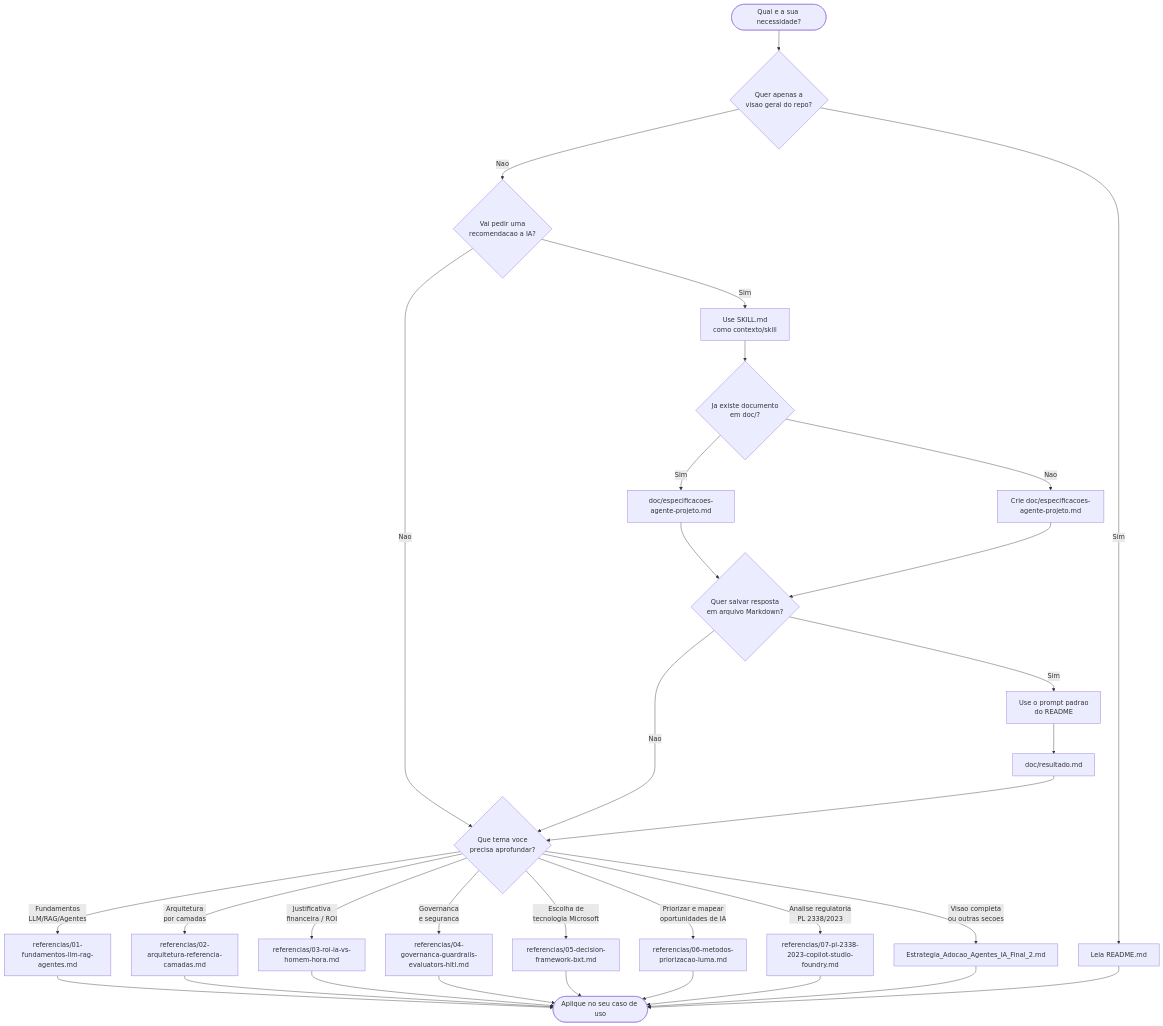
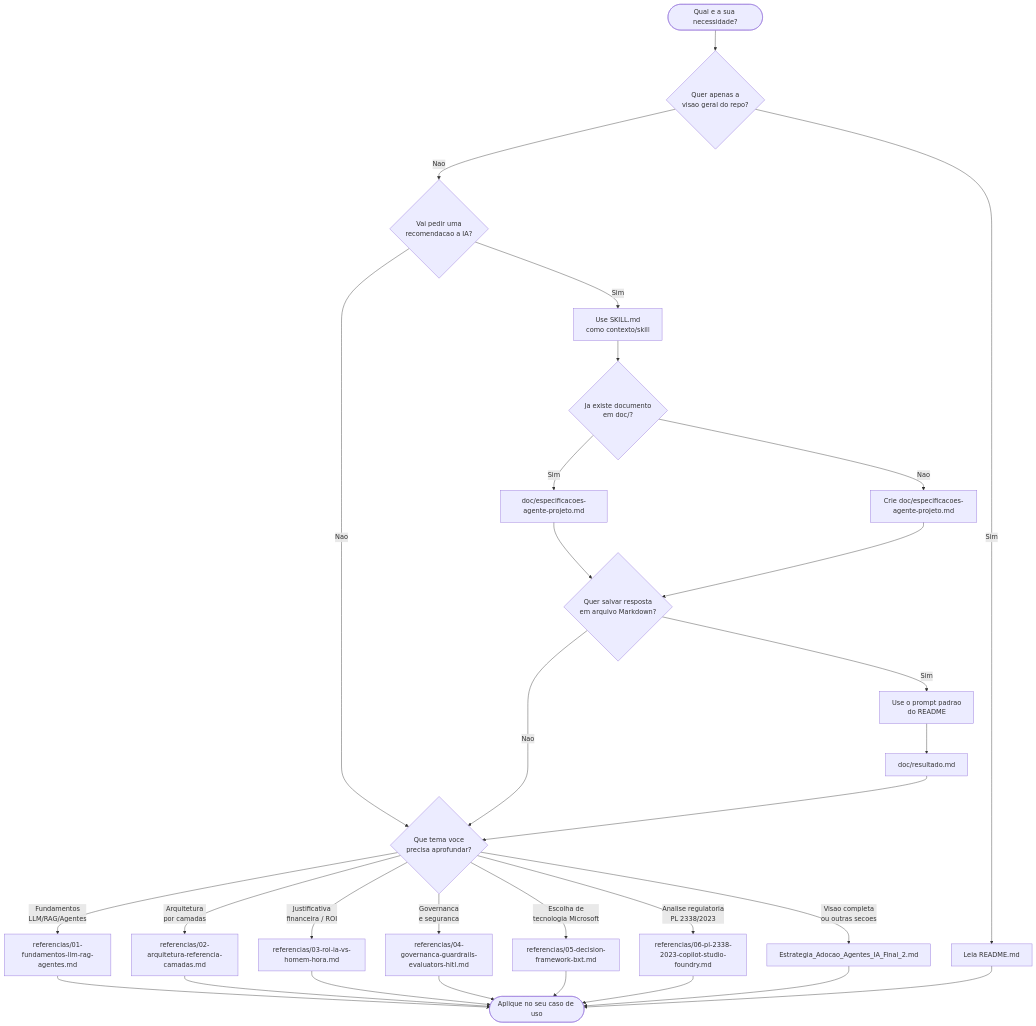
Before and after one commit to fabioharams/hubsp-ai-skill: the second of 2 diagrams in README.md, drawn with Mermaid. The commit also changed other lines of this file and 4 other files, not shown here.

````diff
--- a/README.md
+++ b/README.md
@@ -78,38 +76,36 @@
 ```mermaid
 flowchart TD
     START([Qual e a sua necessidade?]) --> Q1{Quer apenas a<br/>visao geral do repo?}
     Q1 -- Sim --> README[Leia README.md]
     Q1 -- Nao --> Q2{Vai pedir uma<br/>recomendacao a IA?}
 
     Q2 -- Sim --> SKILL[Use SKILL.md<br/>como contexto/skill]
     Q2 -- Nao --> Q3{Que tema voce<br/>precisa aprofundar?}
 
    SKILL --> QDOC{Ja existe documento<br/>em doc/?}
    QDOC -- Sim --> DOC[doc/especificacoes-agente-projeto.md]
    QDOC -- Nao --> DOCNEW[Crie doc/especificacoes-agente-projeto.md]
    DOC --> QOUT{Quer salvar resposta<br/>em arquivo Markdown?}
    DOCNEW --> QOUT
    QOUT -- Sim --> PROMPT[Use o prompt padrao<br/>do README]
    PROMPT --> OUTMD[doc/resultado.md]
    QOUT -- Nao --> Q3
    OUTMD --> Q3
 
     Q3 -- Fundamentos<br/>LLM/RAG/Agentes --> R1[referencias/01-fundamentos-llm-rag-agentes.md]
     Q3 -- Arquitetura<br/>por camadas --> R2[referencias/02-arquitetura-referencia-camadas.md]
     Q3 -- Justificativa<br/>financeira / ROI --> R3[referencias/03-roi-ia-vs-homem-hora.md]
     Q3 -- Governanca<br/>e seguranca --> R4[referencias/04-governanca-guardrails-evaluators-hitl.md]
     Q3 -- Escolha de<br/>tecnologia Microsoft --> R5[referencias/05-decision-framework-bxt.md]
-    Q3 -- Priorizar e mapear<br/>oportunidades de IA --> R6[referencias/06-metodos-priorizacao-luma.md]
-   Q3 -- Analise regulatoria<br/>PL 2338/2023 --> R7[referencias/07-pl-2338-2023-copilot-studio-foundry.md]
+   Q3 -- Analise regulatoria<br/>PL 2338/2023 --> R6[referencias/06-pl-2338-2023-copilot-studio-foundry.md]
     Q3 -- Visao completa<br/>ou outras secoes --> CANON[Estrategia_Adocao_Agentes_IA_Final_2.md]
 
     R1 --> END([Aplique no seu caso de uso])
     R2 --> END
     R3 --> END
     R4 --> END
     R5 --> END
-    R6 --> END
-   R7 --> END
+   R6 --> END
     CANON --> END
     README --> END
 ```
````
